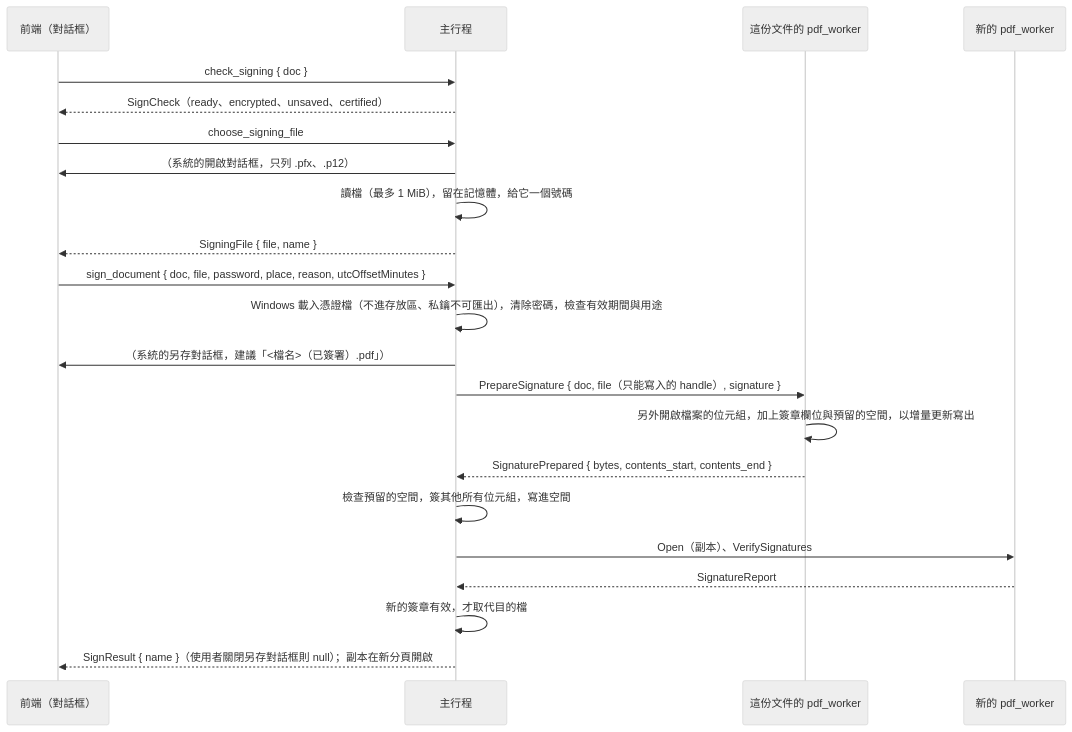
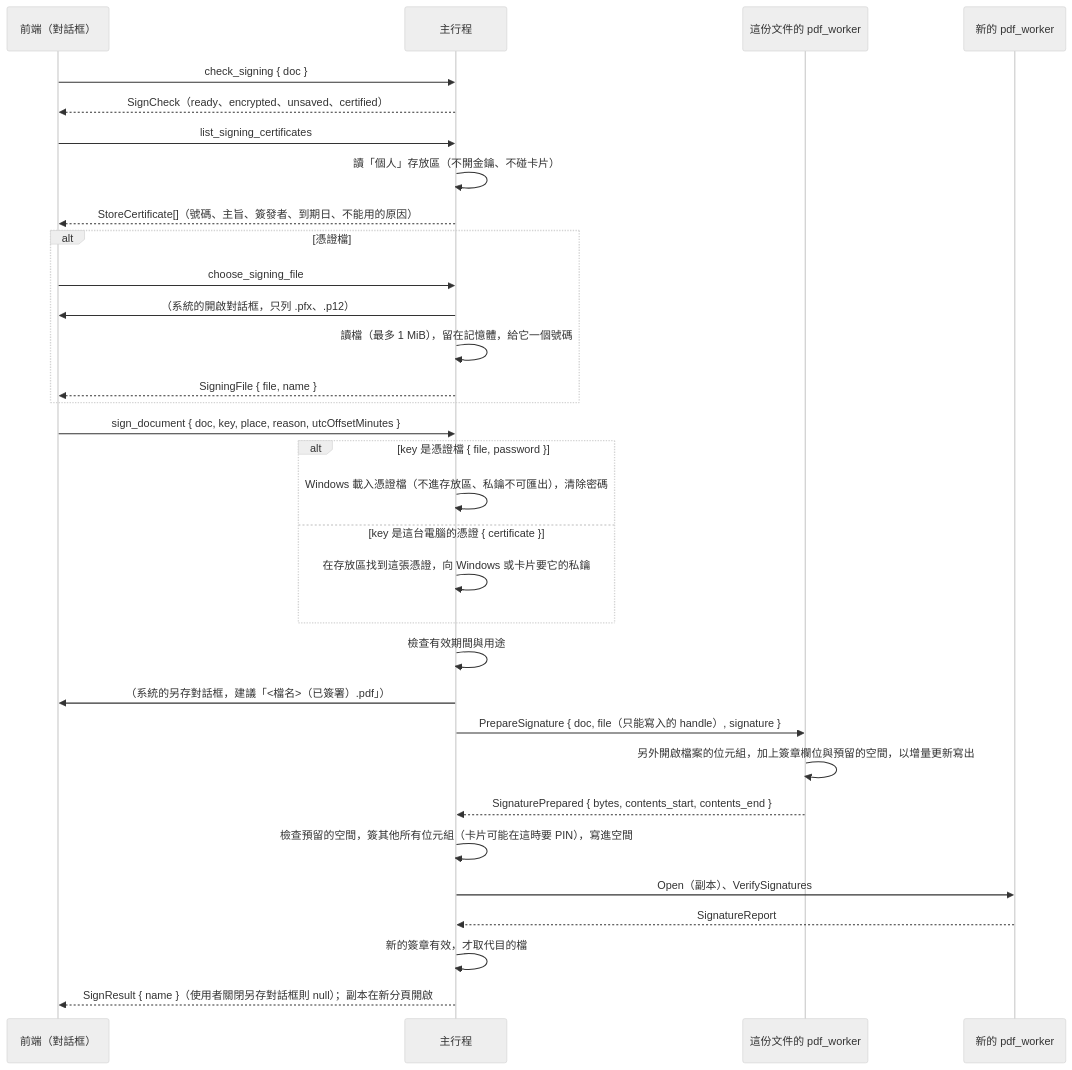
Before and after one commit to winner0988/Pdf-reader: the diagram in docs/architecture/signing.md, drawn with Mermaid (neutral theme). The commit also changed other lines of this file and 23 other files, not shown here.

First line of the commit message:
feat(signing): sign with a certificate of this computer, smart cards included

````diff
--- a/docs/architecture/signing.md
+++ b/docs/architecture/signing.md
@@ -20,24 +22,34 @@
 ```mermaid
 sequenceDiagram
   participant F as 前端（對話框）
   participant M as 主行程
   participant W as 這份文件的 pdf_worker
   participant V as 新的 pdf_worker
   F->>M: check_signing { doc }
   M-->>F: SignCheck（ready、encrypted、unsaved、certified）
-  F->>M: choose_signing_file
-  M->>F: （系統的開啟對話框，只列 .pfx、.p12）
-  M->>M: 讀檔（最多 1 MiB），留在記憶體，給它一個號碼
-  M-->>F: SigningFile { file, name }
-  F->>M: sign_document { doc, file, password, place, reason, utcOffsetMinutes }
-  M->>M: Windows 載入憑證檔（不進存放區、私鑰不可匯出），清除密碼，檢查有效期間與用途
+  F->>M: list_signing_certificates
+  M->>M: 讀「個人」存放區（不開金鑰、不碰卡片）
+  M-->>F: StoreCertificate[]（號碼、主旨、簽發者、到期日、不能用的原因）
+  alt 憑證檔
+    F->>M: choose_signing_file
+    M->>F: （系統的開啟對話框，只列 .pfx、.p12）
+    M->>M: 讀檔（最多 1 MiB），留在記憶體，給它一個號碼
+    M-->>F: SigningFile { file, name }
+  end
+  F->>M: sign_document { doc, key, place, reason, utcOffsetMinutes }
+  alt key 是憑證檔 { file, password }
+    M->>M: Windows 載入憑證檔（不進存放區、私鑰不可匯出），清除密碼
+  else key 是這台電腦的憑證 { certificate }
+    M->>M: 在存放區找到這張憑證，向 Windows 或卡片要它的私鑰
+  end
+  M->>M: 檢查有效期間與用途
   M->>F: （系統的另存對話框，建議「<檔名>（已簽署）.pdf」）
   M->>W: PrepareSignature { doc, file（只能寫入的 handle）, signature }
   W->>W: 另外開啟檔案的位元組，加上簽章欄位與預留的空間，以增量更新寫出
   W-->>M: SignaturePrepared { bytes, contents_start, contents_end }
-  M->>M: 檢查預留的空間，簽其他所有位元組，寫進空間
+  M->>M: 檢查預留的空間，簽其他所有位元組（卡片可能在這時要 PIN），寫進空間
   M->>V: Open（副本）、VerifySignatures
   V-->>M: SignatureReport
   M->>M: 新的簽章有效，才取代目的檔
   M-->>F: SignResult { name }（使用者關閉另存對話框則 null）；副本在新分頁開啟
 ```
````
